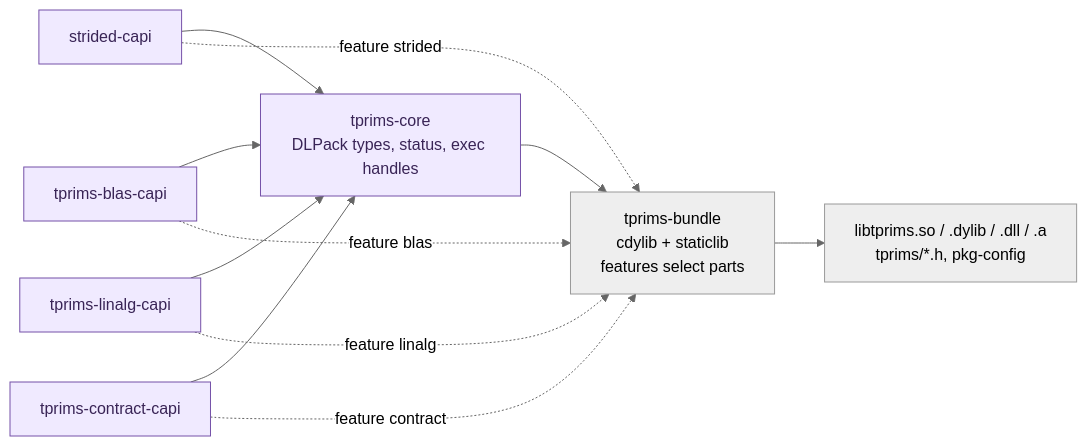
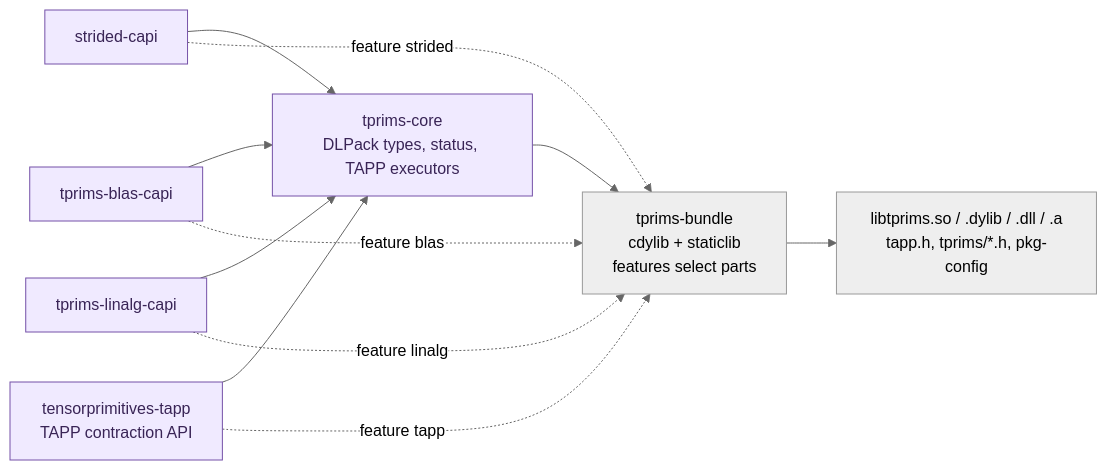
Before and after one commit to shinaoka/tensoralgebra-rs: the second of 2 diagrams in README.md, drawn with Mermaid (neutral theme). The commit also changed other lines of this file and 10 other files, not shown here.

First line of the commit message:
Synchronize README, architecture, design principles, decision log and CI with the TAPP C API

````diff
--- a/README.md
+++ b/README.md
@@ -102,19 +102,19 @@
 ```mermaid
 flowchart LR
-    CO["tprims-core<br/>DLPack types, status, exec handles"]
+    CO["tprims-core<br/>DLPack types, status, TAPP executors"]
     S["strided-capi"]
     B["tprims-blas-capi"]
     L["tprims-linalg-capi"]
-    C["tprims-contract-capi"]
+    C["tensorprimitives-tapp<br/>TAPP contraction API"]
     BU["tprims-bundle<br/>cdylib + staticlib<br/>features select parts"]
-    O["libtprims.so / .dylib / .dll / .a<br/>tprims/*.h, pkg-config"]
+    O["libtprims.so / .dylib / .dll / .a<br/>tapp.h, tprims/*.h, pkg-config"]
     S & B & L & C --> CO
     CO --> BU
     S -.->|"feature strided"| BU
     B -.->|"feature blas"| BU
     L -.->|"feature linalg"| BU
-    C -.->|"feature contract"| BU
+    C -.->|"feature tapp"| BU
     BU --> O
     classDef abi fill:#f0eaff,stroke:#7551a8,color:#392456
     class CO,S,B,L,C abi
 ```
````
